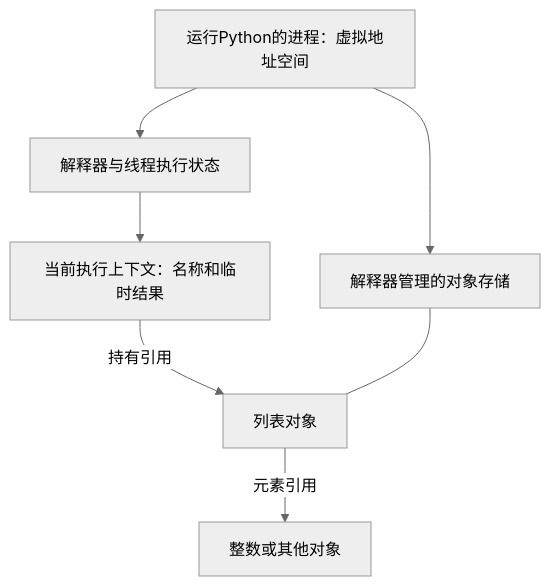
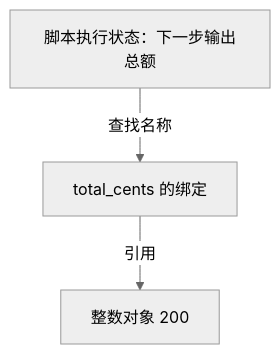
Before and after one commit to borderf/python-agent-lab: the diagram in docs/python-book/01-认识执行过程、对象与控制流.md, drawn with Mermaid (neutral theme). The commit also changed other lines of this file and 40 other files, not shown here.

````diff
--- a/docs/python-book/01-认识执行过程、对象与控制流.md
+++ b/docs/python-book/01-认识执行过程、对象与控制流.md
@@ -48,9 +499,5 @@
 ```mermaid
 flowchart TB
-    P[运行Python的进程：虚拟地址空间] --> R[解释器与线程执行状态]
-    P --> H[解释器管理的对象存储]
-    R --> F[当前执行上下文：名称和临时结果]
-    F -->|持有引用| L[列表对象]
-    H --- L
-    L -->|元素引用| I[整数或其他对象]
+    F[脚本执行状态：下一步输出总额] -->|查找名称| N[total_cents 的绑定]
+    N -->|引用| O[整数对象 200]
 ```
````
